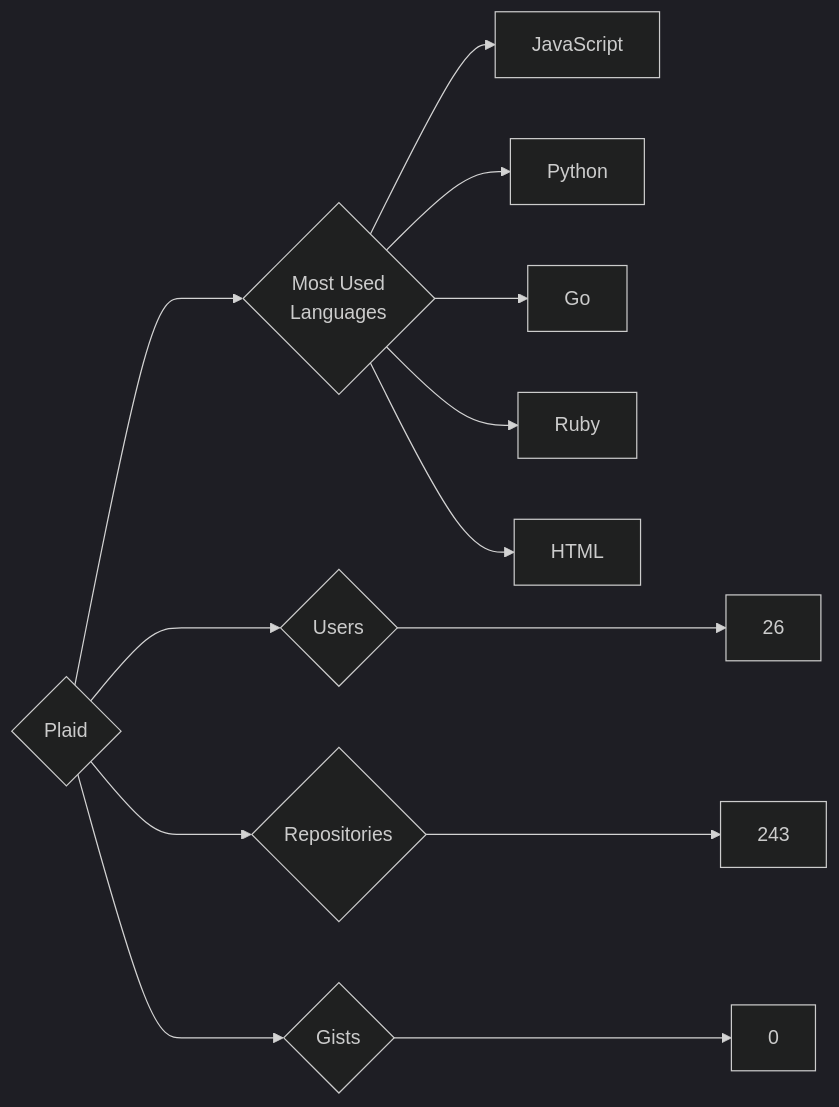
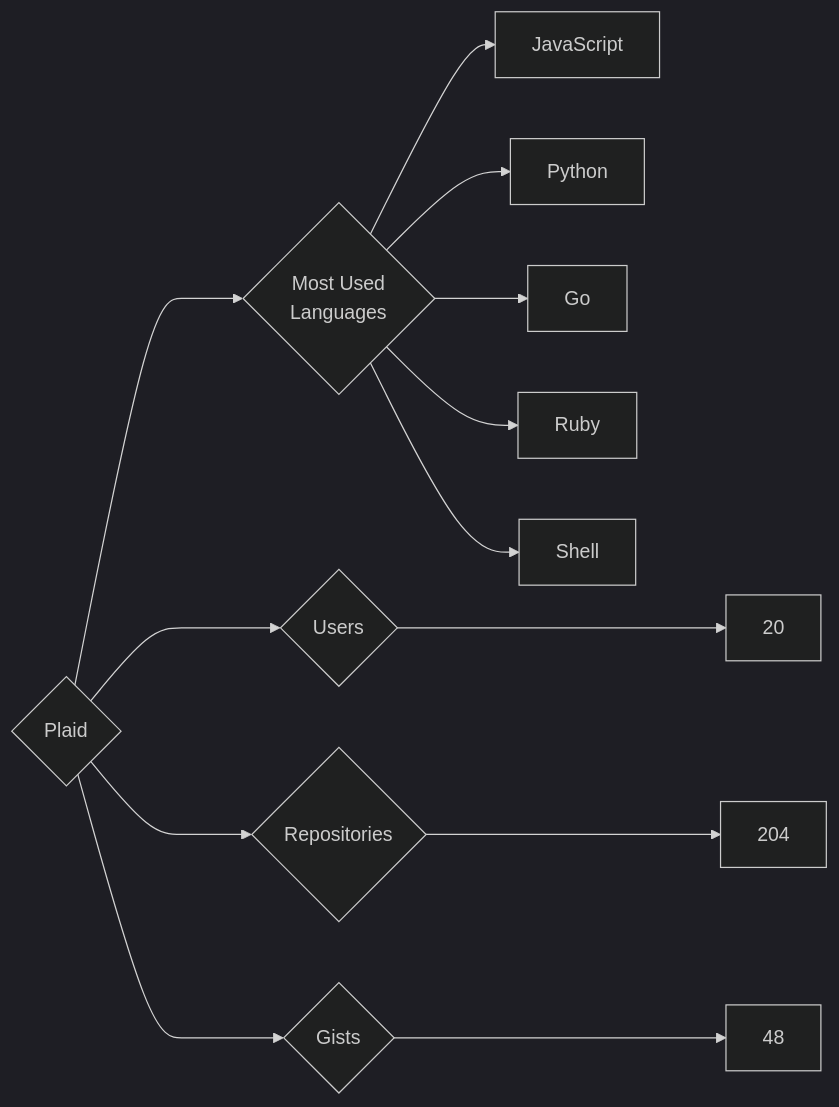
The diagram in targets/Plaid/README.md (trickest/insiders), drawn with Mermaid (dark theme) before and after one commit. The commit also changed 997 other files, not shown here.

````diff
--- a/targets/Plaid/README.md
+++ b/targets/Plaid/README.md
@@ -3,13 +3,13 @@
 ```mermaid
 graph LR
 COMPANY_NAME{Plaid}
-COMPANY_NAME ---> U{Users} ---> UN[26]
-COMPANY_NAME ---> R{Repositories} ---> RN[243]
-COMPANY_NAME ---> G{Gists} ---> GN[0]
+COMPANY_NAME ---> U{Users} ---> UN[20]
+COMPANY_NAME ---> R{Repositories} ---> RN[204]
+COMPANY_NAME ---> G{Gists} ---> GN[48]
 COMPANY_NAME ---> ML{Most Used<br>Languages}
-ML --> JavaScript
-ML --> Python
-ML --> Go
-ML --> Ruby
-ML --> HTML
+ML --> JavaScript[JavaScript]
+ML --> Python[Python]
+ML --> Go[Go]
+ML --> Ruby[Ruby]
+ML --> Shell[Shell]
 ```
````
